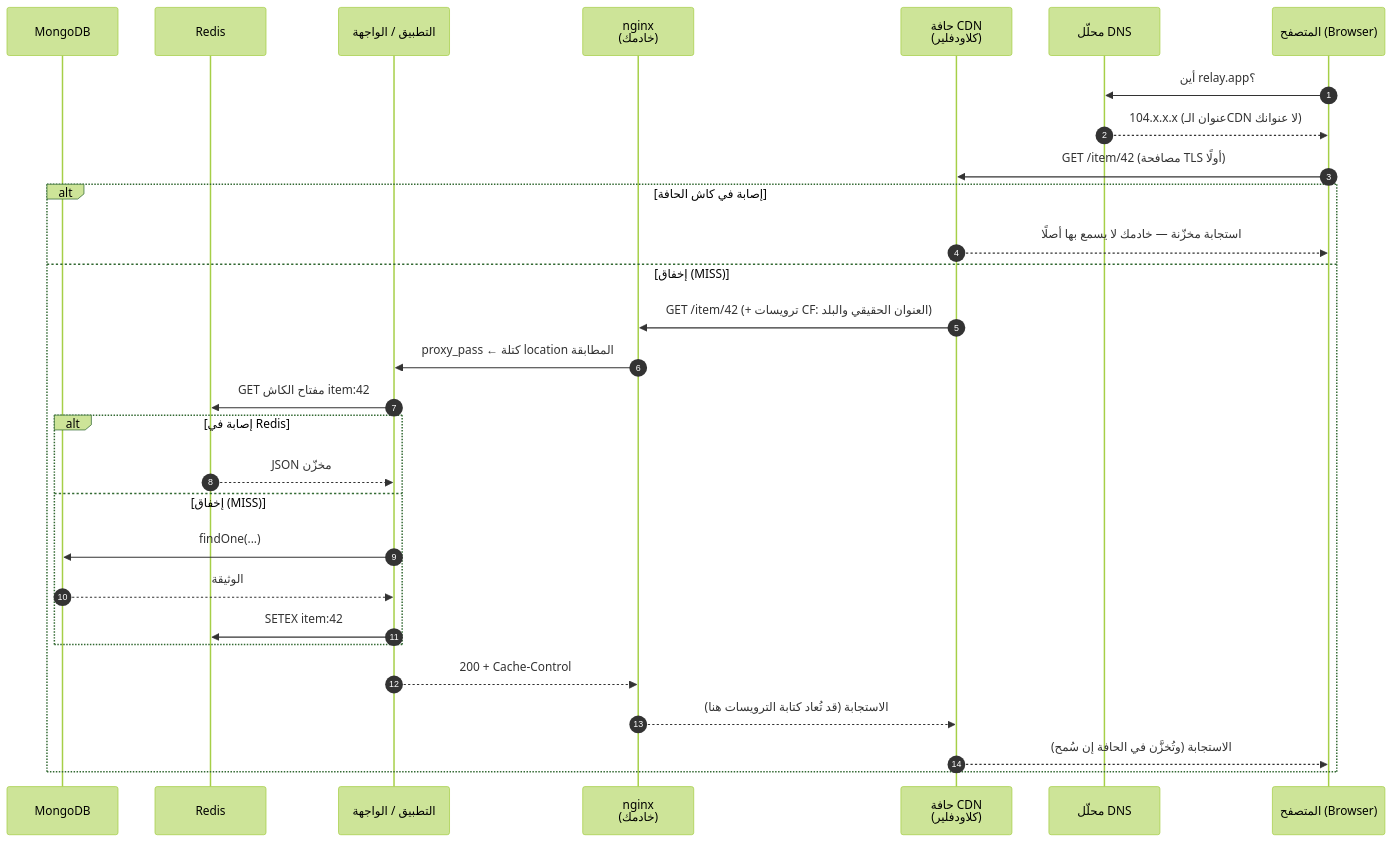
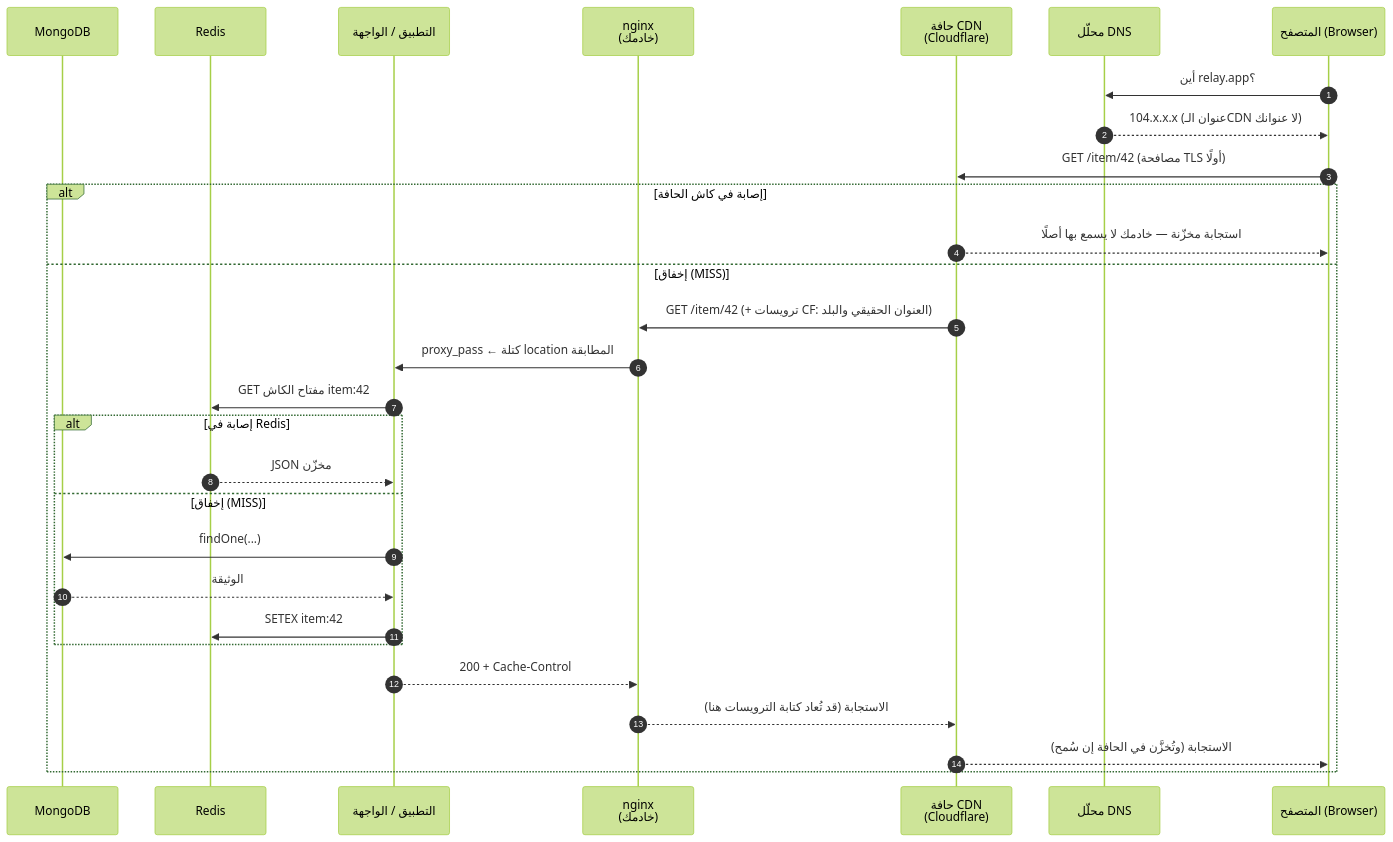
One commit to Tamoura/system-design-for-vibe-coders changed the second of 3 diagrams in modules/01-anatomy-of-a-real-app/lesson-2-the-requests-journey.ar.md. Above: the diagram before and after it, drawn with Mermaid (forest theme). The commit also changed other lines of this file and 335 other files, not shown here.

````diff
--- a/modules/01-anatomy-of-a-real-app/lesson-2-the-requests-journey.ar.md
+++ b/modules/01-anatomy-of-a-real-app/lesson-2-the-requests-journey.ar.md
@@ -42,31 +42,31 @@
 ```mermaid
 sequenceDiagram
     autonumber
     participant DB as MongoDB
     participant R as Redis
     participant APP as التطبيق / الواجهة
     participant NG as nginx<br/>(خادمك)
-    participant CDN as حافة CDN<br/>(كلاودفلير)
+    participant CDN as حافة CDN<br/>(Cloudflare)
     participant DNS as محلّل DNS
     participant B as المتصفح (Browser)
     B->>DNS: أين relay.app؟
     DNS-->>B: 104.x.x.x (عنوان الـCDN لا عنوانك)
     B->>CDN: GET /item/42 (مصافحة TLS أولًا)
     alt إصابة في كاش الحافة
         CDN-->>B: استجابة مخزّنة — خادمك لا يسمع بها أصلًا
     else إخفاق (MISS)
         CDN->>NG: GET /item/42 (+ ترويسات CF: العنوان الحقيقي والبلد)
         NG->>APP: proxy_pass ← كتلة location المطابقة
         APP->>R: GET مفتاح الكاش item:42
         alt إصابة في Redis
             R-->>APP: JSON مخزّن
         else إخفاق (MISS)
             APP->>DB: findOne(...)
             DB-->>APP: الوثيقة
             APP->>R: SETEX item:42
         end
         APP-->>NG: 200 + Cache-Control
         NG-->>CDN: الاستجابة (قد تُعاد كتابة الترويسات هنا)
         CDN-->>B: الاستجابة (وتُخزَّن في الحافة إن سُمح)
     end
 ```
````
